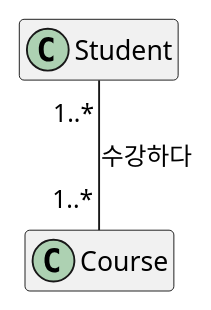
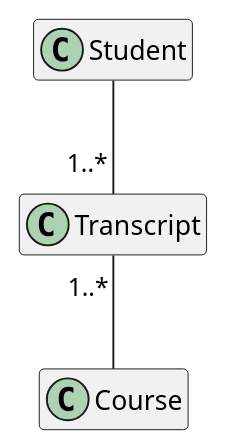
The diagram in src/main/java/modeling/association/checkpoint7/checkpoint7.wsd (Kim-Seonjae00/java-designPattern), drawn with PlantUML before and after one commit.

Commit message:
클래스 관계에 따른 UML 구성 파일명 수정

```diff
--- a/src/main/java/modeling/association/checkpoint7/checkpoint7.wsd
+++ b/src/main/java/modeling/association/checkpoint7/checkpoint7.wsd
@@ -1,9 +1,11 @@
 @startuml
 
 hide member
 
 class Student
 class Course
+class Transcript
 
-Student "1..*" -- "1..*" Course : 수강하다
+Student -- "1..*" Transcript
+Transcript "1..*" -- Course
 @enduml
```
